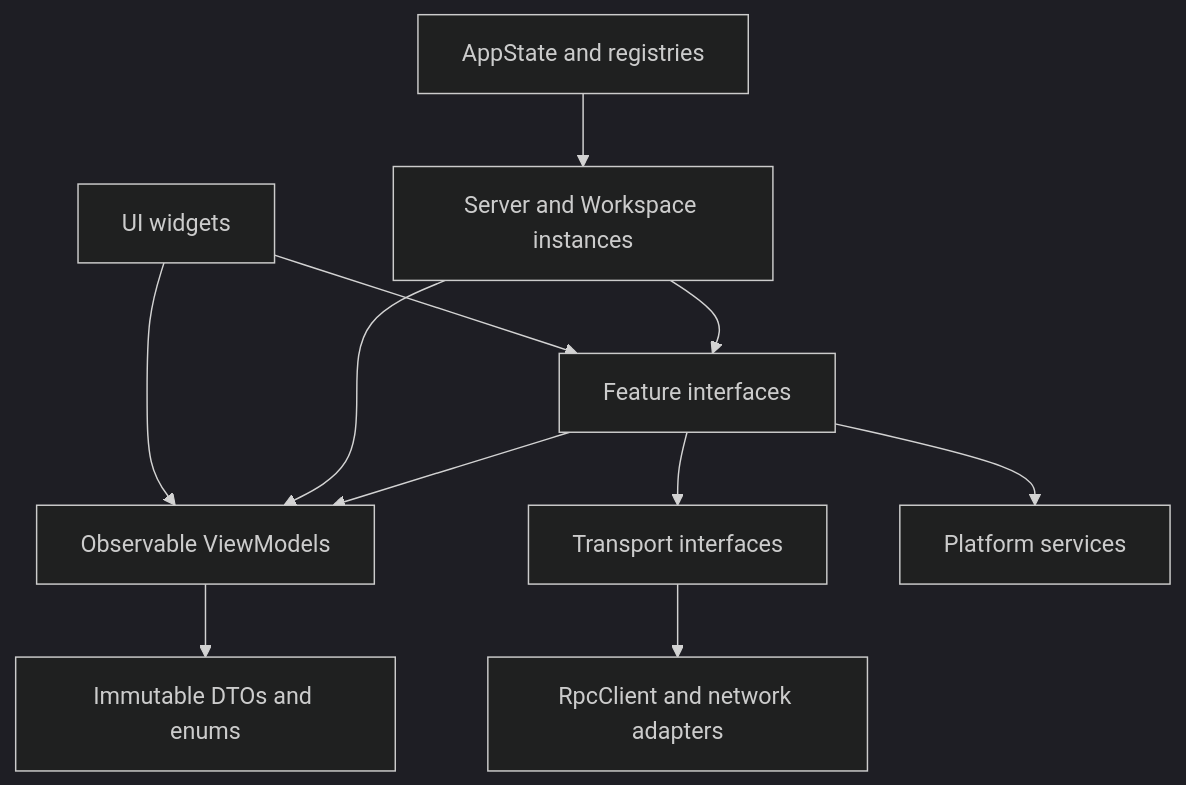
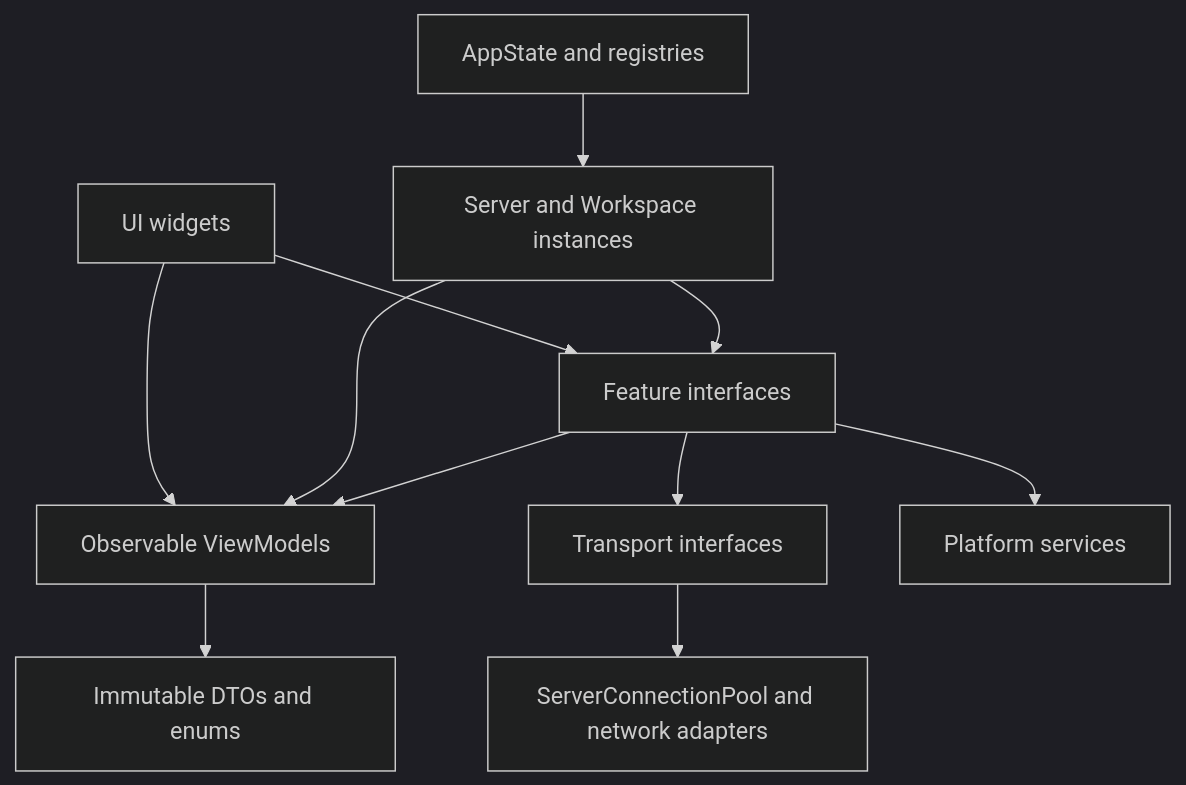
The diagram in apps/flutter/WORKSPACE_STATE_ARCHITECTURE.md (xiachufang/motif), drawn with Mermaid (dark theme) before and after one commit. The commit also changed other lines of this file and 42 other files, not shown here.

````diff
--- a/apps/flutter/WORKSPACE_STATE_ARCHITECTURE.md
+++ b/apps/flutter/WORKSPACE_STATE_ARCHITECTURE.md
@@ -842,17 +844,17 @@
 ```mermaid
 flowchart TD
     UI[UI widgets] --> VM[Observable ViewModels]
     UI --> Features[Feature interfaces]
 
     App[AppState and registries] --> Instances[Server and Workspace instances]
     Instances --> Features
     Instances --> VM
 
     Features --> Transport[Transport interfaces]
     Features --> VM
 
-    Transport --> Net[RpcClient and network adapters]
+    Transport --> Net[ServerConnectionPool and network adapters]
     Features --> Platform[Platform services]
 
     VM --> Values[Immutable DTOs and enums]
 ```
````
